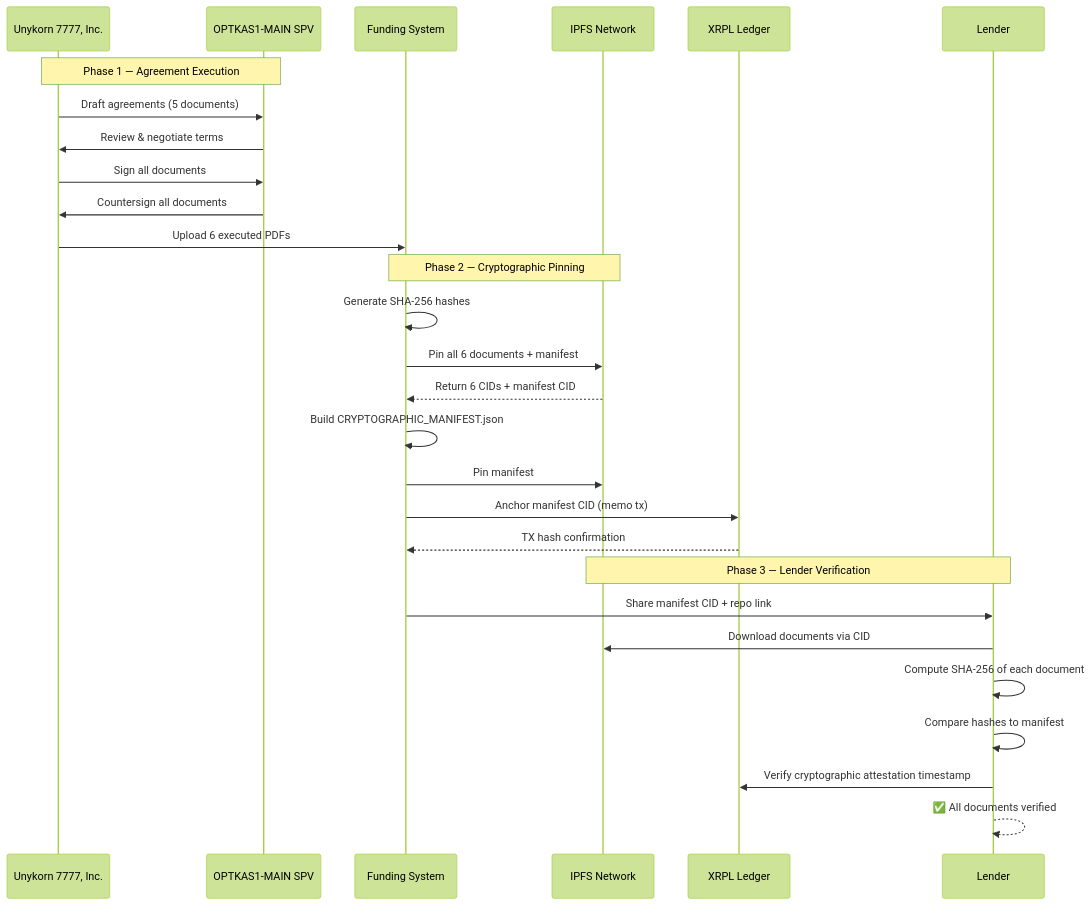
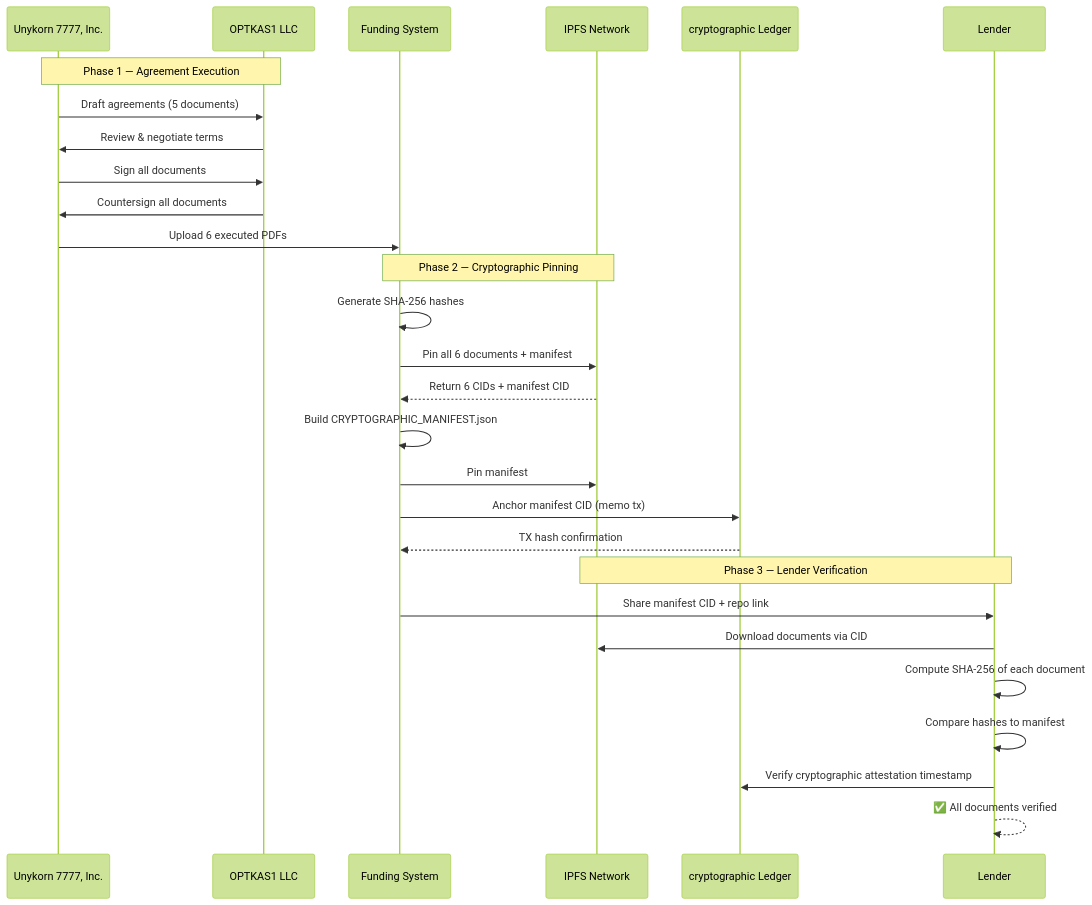
One commit to unykornai/Institutional-Funding-Repo-For-Optkas- changed the second of 2 diagrams in EXECUTION_v1/02_SIGNED_AGREEMENTS/FINAL_EXECUTED_2026-02-09/LENDER_LEVERAGE_PROOF_SYSTEM.md. Above: the diagram before and after it, drawn with Mermaid (forest theme). The commit also changed other lines of this file and 55 other files, not shown here.

Commit message:
PPM ACCURACY REWRITE: Entity OPTKAS1 LLC, annual coupon, book-entry,  bonds only, insurance wrap per PPM, no unprovable claims, real PDFs, Unicode fixed

````diff
--- a/EXECUTION_v1/02_SIGNED_AGREEMENTS/FINAL_EXECUTED_2026-02-09/LENDER_LEVERAGE_PROOF_SYSTEM.md
+++ b/EXECUTION_v1/02_SIGNED_AGREEMENTS/FINAL_EXECUTED_2026-02-09/LENDER_LEVERAGE_PROOF_SYSTEM.md
@@ -110,33 +110,33 @@
 ```mermaid
 sequenceDiagram
     participant U as Unykorn 7777, Inc.
-    participant O as OPTKAS1-MAIN SPV
+    participant O as OPTKAS1 LLC
     participant SYS as Funding System
     participant IPFS as IPFS Network
-    participant XRPL as XRPL Ledger
+    participant cryptographic as cryptographic Ledger
     participant L as Lender
 
     Note over U,O: Phase 1 — Agreement Execution
     U->>O: Draft agreements (5 documents)
     O->>U: Review & negotiate terms
     U->>O: Sign all documents
     O->>U: Countersign all documents
     U->>SYS: Upload 6 executed PDFs
 
     Note over SYS,IPFS: Phase 2 — Cryptographic Pinning
     SYS->>SYS: Generate SHA-256 hashes
     SYS->>IPFS: Pin all 6 documents + manifest
     IPFS-->>SYS: Return 6 CIDs + manifest CID
     SYS->>SYS: Build CRYPTOGRAPHIC_MANIFEST.json
     SYS->>IPFS: Pin manifest
-    SYS->>XRPL: Anchor manifest CID (memo tx)
-    XRPL-->>SYS: TX hash confirmation
+    SYS->>cryptographic: Anchor manifest CID (memo tx)
+    cryptographic-->>SYS: TX hash confirmation
 
     Note over L,IPFS: Phase 3 — Lender Verification
     SYS->>L: Share manifest CID + repo link
     L->>IPFS: Download documents via CID
     L->>L: Compute SHA-256 of each document
     L->>L: Compare hashes to manifest
-    L->>XRPL: Verify cryptographic attestation timestamp
+    L->>cryptographic: Verify cryptographic attestation timestamp
     L-->>L: ✅ All documents verified
 ```
````
